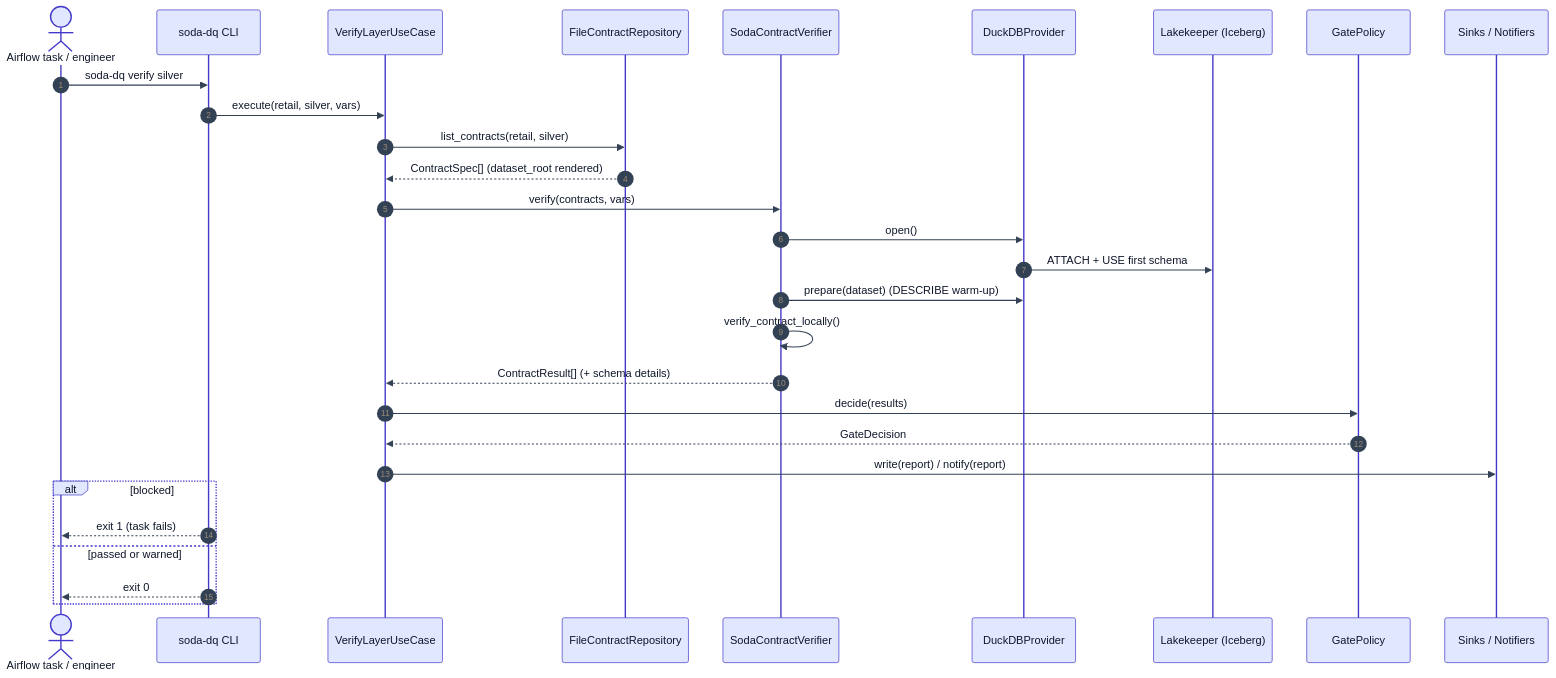
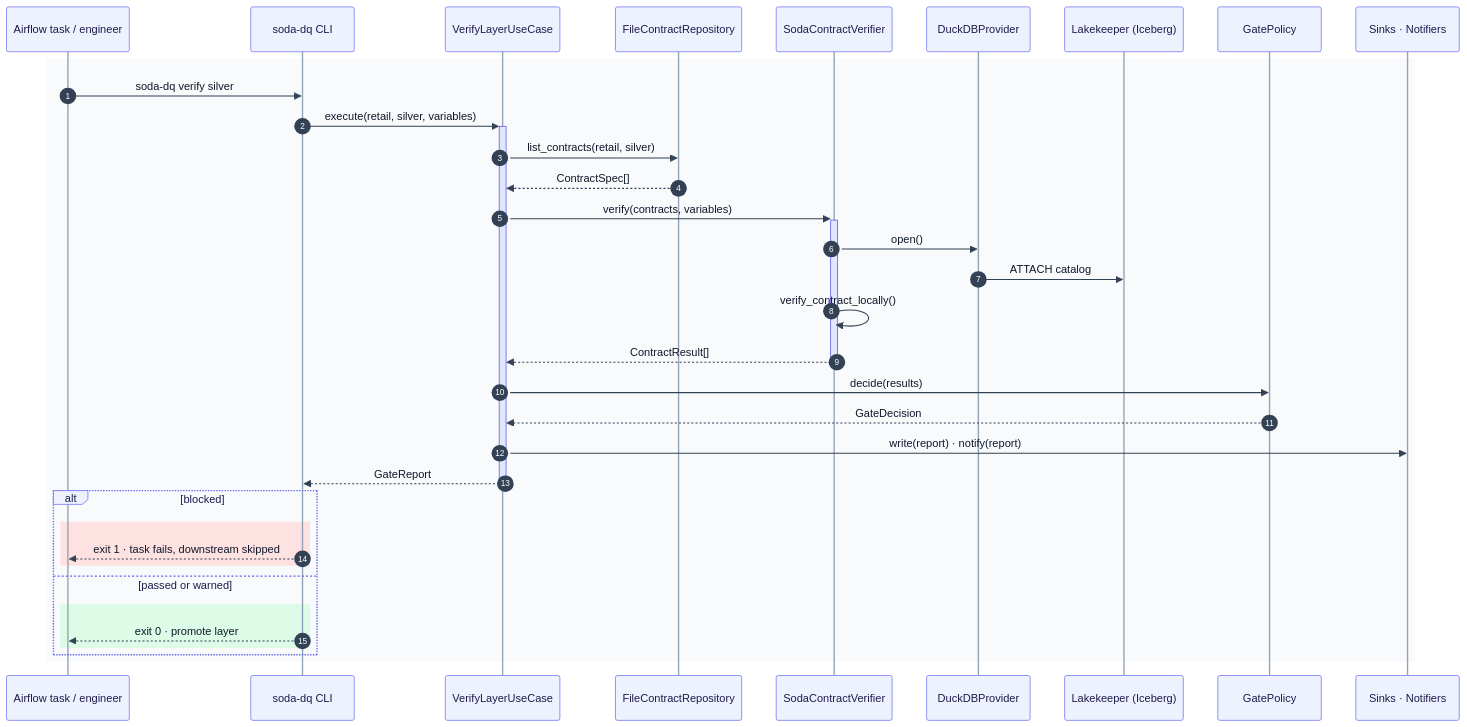
The fourth of 7 diagrams in docs/architecture.md (santoshshinde2012/lakehouse-quality-gates), drawn with Mermaid before and after one commit. The commit also changed other lines of this file and 38 other files, not shown here.

Commit message:
docs: mermaid-only diagrams with professional theme

````diff
--- a/docs/architecture.md
+++ b/docs/architecture.md
@@ -172,32 +231,38 @@
 ```mermaid
-%%{init: {"theme": "base", "themeVariables": {"fontFamily": "Inter, Segoe UI, Helvetica, Arial, sans-serif", "lineColor": "#64748b", "primaryTextColor": "#0f172a", "primaryColor": "#e0e7ff", "primaryBorderColor": "#4338ca", "secondaryColor": "#dcfce7", "tertiaryColor": "#f8fafc", "edgeLabelBackground": "#f8fafc", "actorBkg": "#e0e7ff", "actorBorder": "#4338ca", "noteBkgColor": "#fef3c7", "noteBorderColor": "#b45309", "signalColor": "#334155", "signalTextColor": "#0f172a"}}}%%
+%%{init: {'theme':'base','themeVariables':{'fontFamily':'Inter, system-ui, -apple-system, Segoe UI, Helvetica, Arial, sans-serif','fontSize':'14px','primaryColor':'#eef2ff','primaryTextColor':'#0f172a','primaryBorderColor':'#6366f1','secondaryColor':'#f1f5f9','secondaryTextColor':'#0f172a','secondaryBorderColor':'#94a3b8','tertiaryColor':'#f8fafc','tertiaryTextColor':'#0f172a','tertiaryBorderColor':'#cbd5e1','lineColor':'#64748b','textColor':'#0f172a','nodeTextColor':'#0f172a','titleColor':'#0f172a','clusterBkg':'#f8fafc','clusterBorder':'#94a3b8','edgeLabelBackground':'#ffffff','noteBkgColor':'#fef9c3','noteTextColor':'#422006','noteBorderColor':'#ca8a04','actorBkg':'#eef2ff','actorBorder':'#6366f1','actorTextColor':'#1e1b4b','actorLineColor':'#94a3b8','signalColor':'#334155','signalTextColor':'#0f172a','labelBoxBkgColor':'#eef2ff','labelBoxBorderColor':'#6366f1','labelTextColor':'#1e1b4b','loopTextColor':'#1e1b4b','activationBkgColor':'#e0e7ff','activationBorderColor':'#4f46e5','sequenceNumberColor':'#ffffff','classText':'#0f172a'}}}%%
 sequenceDiagram
   autonumber
-  actor U as Airflow task / engineer
+  participant U as Airflow task / engineer
   participant C as soda-dq CLI
   participant V as VerifyLayerUseCase
   participant R as FileContractRepository
   participant S as SodaContractVerifier
   participant D as DuckDBProvider
   participant L as Lakekeeper (Iceberg)
   participant P as GatePolicy
-  participant K as Sinks / Notifiers
-  U->>C: soda-dq verify silver
-  C->>V: execute(retail, silver, vars)
-  V->>R: list_contracts(retail, silver)
-  R-->>V: ContractSpec[] (dataset_root rendered)
-  V->>S: verify(contracts, vars)
-  S->>D: open()
-  D->>L: ATTACH + USE first schema
-  S->>D: prepare(dataset) (DESCRIBE warm-up)
-  S->>S: verify_contract_locally()
-  S-->>V: ContractResult[] (+ schema details)
-  V->>P: decide(results)
-  P-->>V: GateDecision
-  V->>K: write(report) / notify(report)
-  alt blocked
-    C-->>U: exit 1 (task fails)
-  else passed or warned
-    C-->>U: exit 0
+  participant K as Sinks · Notifiers
+  rect rgb(248, 250, 252)
+    U->>C: soda-dq verify silver
+    C->>+V: execute(retail, silver, variables)
+    V->>R: list_contracts(retail, silver)
+    R-->>V: ContractSpec[]
+    V->>+S: verify(contracts, variables)
+    S->>D: open()
+    D->>L: ATTACH catalog
+    S->>S: verify_contract_locally()
+    S-->>-V: ContractResult[]
+    V->>P: decide(results)
+    P-->>V: GateDecision
+    V->>K: write(report) · notify(report)
+    V-->>-C: GateReport
+    alt blocked
+      rect rgb(254, 226, 226)
+        C-->>U: exit 1 · task fails, downstream skipped
+      end
+    else passed or warned
+      rect rgb(220, 252, 231)
+        C-->>U: exit 0 · promote layer
+      end
+    end
   end
 ```
````
